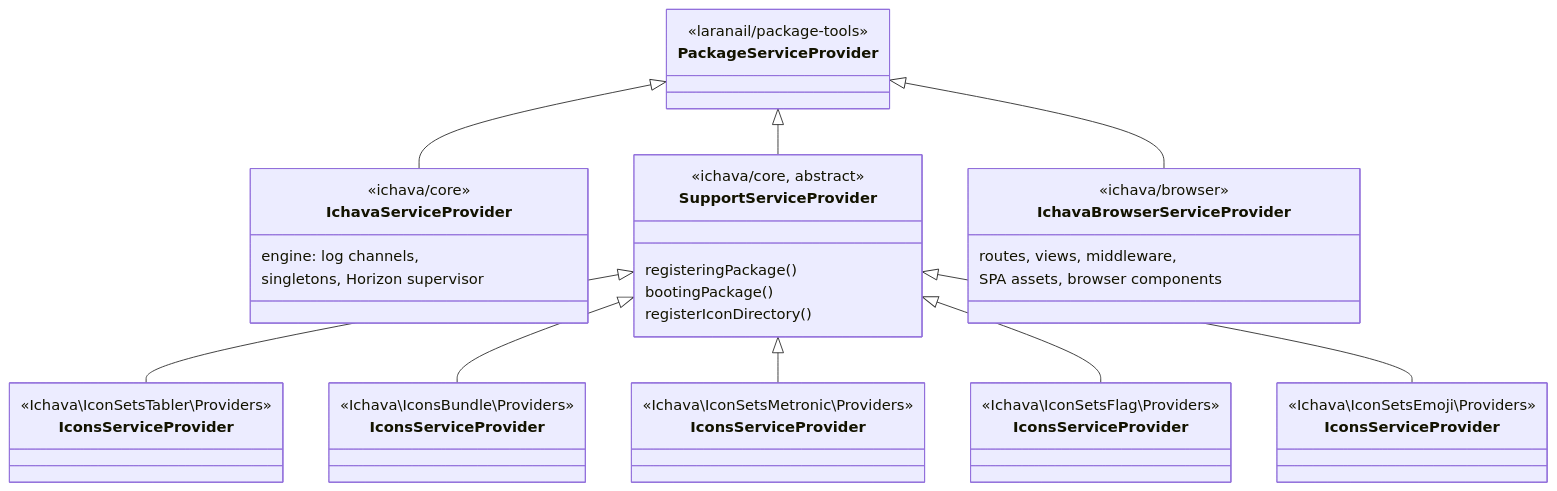
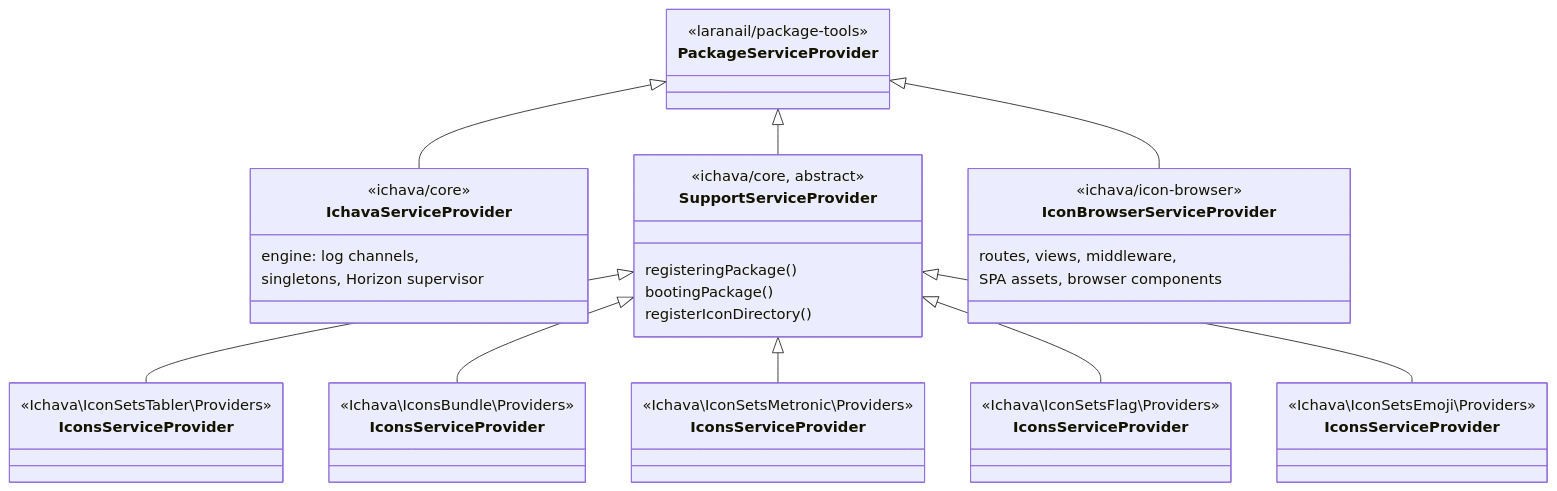
Before and after one commit to ichava/core: the second of 3 diagrams in docs/architecture.md, drawn with Mermaid. The commit also changed other lines of this file and 10 other files, not shown here.

First line of the commit message:
docs: ichava/browser is now ichava/icon-browser

````diff
--- a/docs/architecture.md
+++ b/docs/architecture.md
@@ -86,45 +86,45 @@
 ```mermaid
 classDiagram
     class PackageServiceProvider {
         <<laranail/package-tools>>
     }
     class IchavaServiceProvider {
         <<ichava/core>>
         engine: log channels,
         singletons, Horizon supervisor
     }
     class SupportServiceProvider {
         <<ichava/core, abstract>>
         registeringPackage()
         bootingPackage()
         registerIconDirectory()
     }
-    class IchavaBrowserServiceProvider {
-        <<ichava/browser>>
+    class IconBrowserServiceProvider {
+        <<ichava/icon-browser>>
         routes, views, middleware,
         SPA assets, browser components
     }
     class TablerIcons_IconsServiceProvider["IconsServiceProvider"] {
         <<Ichava\IconSetsTabler\Providers>>
     }
     class BundledIcons_IconsServiceProvider["IconsServiceProvider"] {
         <<Ichava\IconsBundle\Providers>>
     }
     class MetronicIcons_IconsServiceProvider["IconsServiceProvider"] {
         <<Ichava\IconSetsMetronic\Providers>>
     }
     class FlagIcons_IconsServiceProvider["IconsServiceProvider"] {
         <<Ichava\IconSetsFlag\Providers>>
     }
     class EmojiSets_IconsServiceProvider["IconsServiceProvider"] {
         <<Ichava\IconSetsEmoji\Providers>>
     }
     PackageServiceProvider <|-- IchavaServiceProvider
     PackageServiceProvider <|-- SupportServiceProvider
-    PackageServiceProvider <|-- IchavaBrowserServiceProvider
+    PackageServiceProvider <|-- IconBrowserServiceProvider
     SupportServiceProvider <|-- TablerIcons_IconsServiceProvider
     SupportServiceProvider <|-- BundledIcons_IconsServiceProvider
     SupportServiceProvider <|-- MetronicIcons_IconsServiceProvider
     SupportServiceProvider <|-- FlagIcons_IconsServiceProvider
     SupportServiceProvider <|-- EmojiSets_IconsServiceProvider
 ```
````
